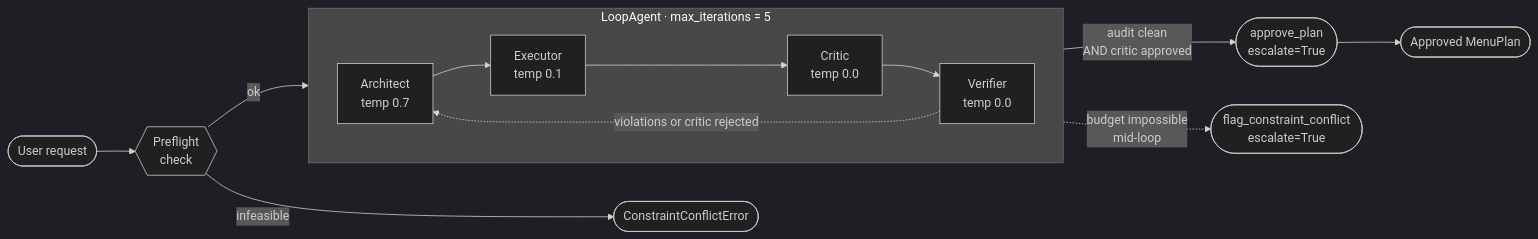
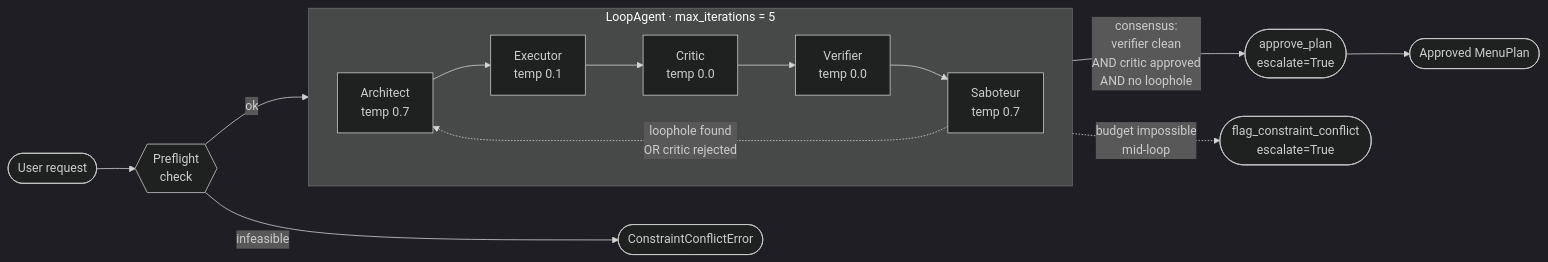
The diagram in README.md (IrfanThomson/agep), drawn with Mermaid (dark theme) before and after one commit. The commit also changed other lines of this file and 3 other files, not shown here.

````diff
--- a/README.md
+++ b/README.md
@@ -18,19 +28,20 @@
 ```mermaid
 flowchart LR
     user([User request]) --> preflight{{Preflight<br/>check}}
     preflight -- infeasible --> conflict([ConstraintConflictError])
     preflight -- ok --> loop
 
     subgraph loop ["LoopAgent · max_iterations = 5"]
         direction LR
         architect[Architect<br/>temp 0.7] --> executor[Executor<br/>temp 0.1]
         executor --> critic[Critic<br/>temp 0.0]
         critic --> verifier[Verifier<br/>temp 0.0]
+        verifier --> saboteur[Saboteur<br/>temp 0.7]
     end
 
-    verifier -- audit clean<br/>AND critic approved --> approve([approve_plan<br/>escalate=True])
+    saboteur -- consensus:<br/>verifier clean<br/>AND critic approved<br/>AND no loophole --> approve([approve_plan<br/>escalate=True])
     critic -. budget impossible<br/>mid-loop .-> abort([flag_constraint_conflict<br/>escalate=True])
-    verifier -. violations or critic rejected .-> architect
+    saboteur -. loophole found<br/>OR critic rejected .-> architect
 
     approve --> result([Approved MenuPlan])
 ```
````
